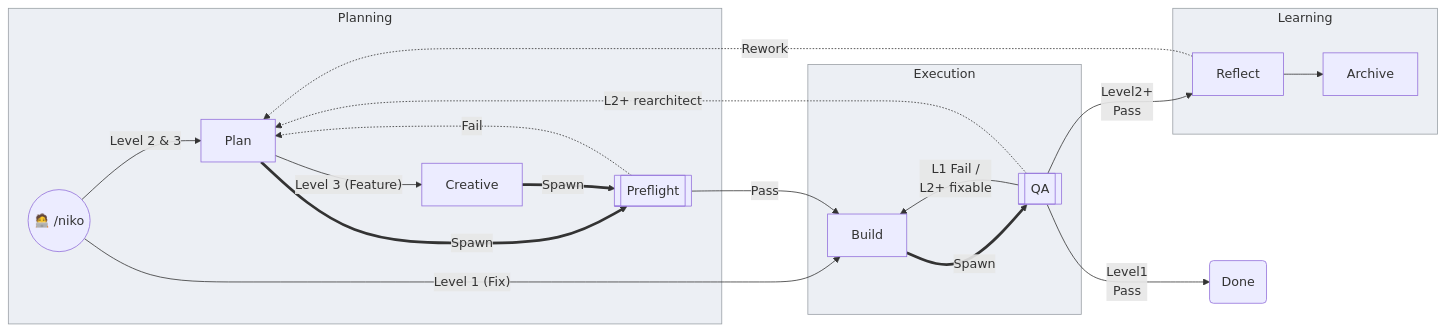
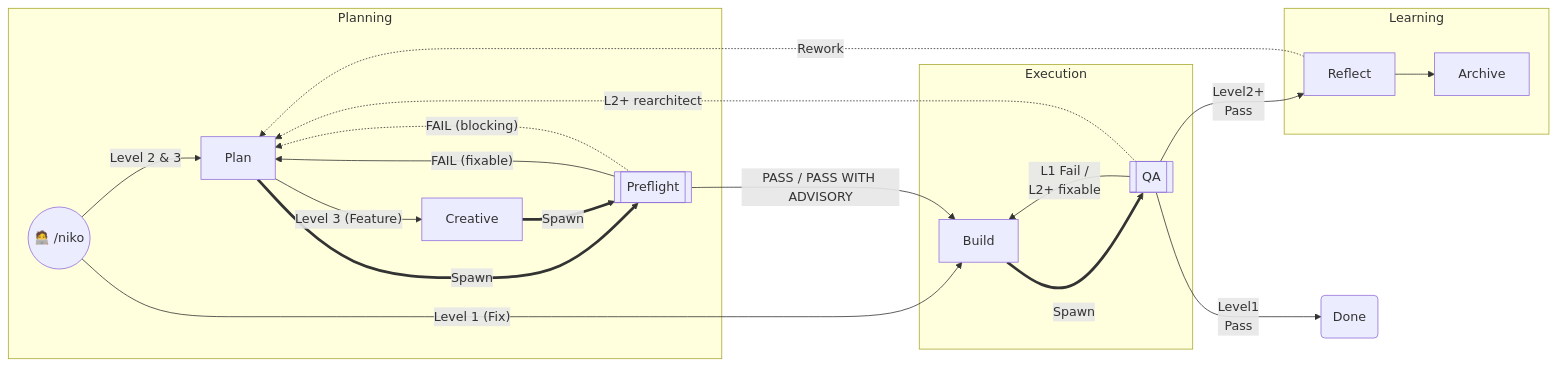
One commit to Texarkanine/.cursor-rules changed the second of 6 diagrams in rulesets/niko/README.md. Above: the diagram before and after it, drawn with Mermaid. The commit also changed other lines of this file and 9 other files, not shown here.

Commit message:
feat(niko): four-way Preflight results and change-detector strike [#114] (#115)

````diff
--- a/rulesets/niko/README.md
+++ b/rulesets/niko/README.md
@@ -85,37 +93,37 @@
 ```mermaid
 flowchart LR
 	Niko(("🧑‍💻 /niko"))
 	Archive["Archive"]
 
 	subgraph Planning
 		Plan["Plan"]
 		Creative["Creative"]
 		Niko -- "Level 2 & 3" --> Plan
 		Plan -- "Level 3 (Feature)" --> Creative
 		Plan ==Spawn==> NikoPreflight[["Preflight"]]
 		Creative ==Spawn==> NikoPreflight
-		NikoPreflight -.->|"Fail"| Plan
 	end
 
 	Niko -- "Level 1 (Fix)" --> Build
-	NikoPreflight -->|"Pass"| Build
+	NikoPreflight -->|"PASS / PASS WITH ADVISORY"| Build
+	NikoPreflight -->|"FAIL (fixable)"| Plan
+    NikoPreflight -.->|"FAIL (blocking)"| Plan
 
 	subgraph Execution
 		Build["Build"]
 		Build ==Spawn==> NikoQA[["QA"]]
 	end
 
 	NikoQA -->|"L1 Fail /<br>L2+ fixable"| Build
 	NikoQA -.->|"L2+ rearchitect"| Plan
 	NikoQA -->|"Level1<br>Pass"| Done("Done")
 	NikoQA -->|"Level2+<br>Pass"| Reflect
 
 	subgraph Learning
 		Reflect["Reflect"]
 		Reflect -.->|"Rework"| Plan
 		Reflect --> Archive
 	end
 
-	classDef ideology fill:#eceff4,stroke:#9aa0a6,color:#333
 	class Planning,Execution,Learning ideology
 ```
````
